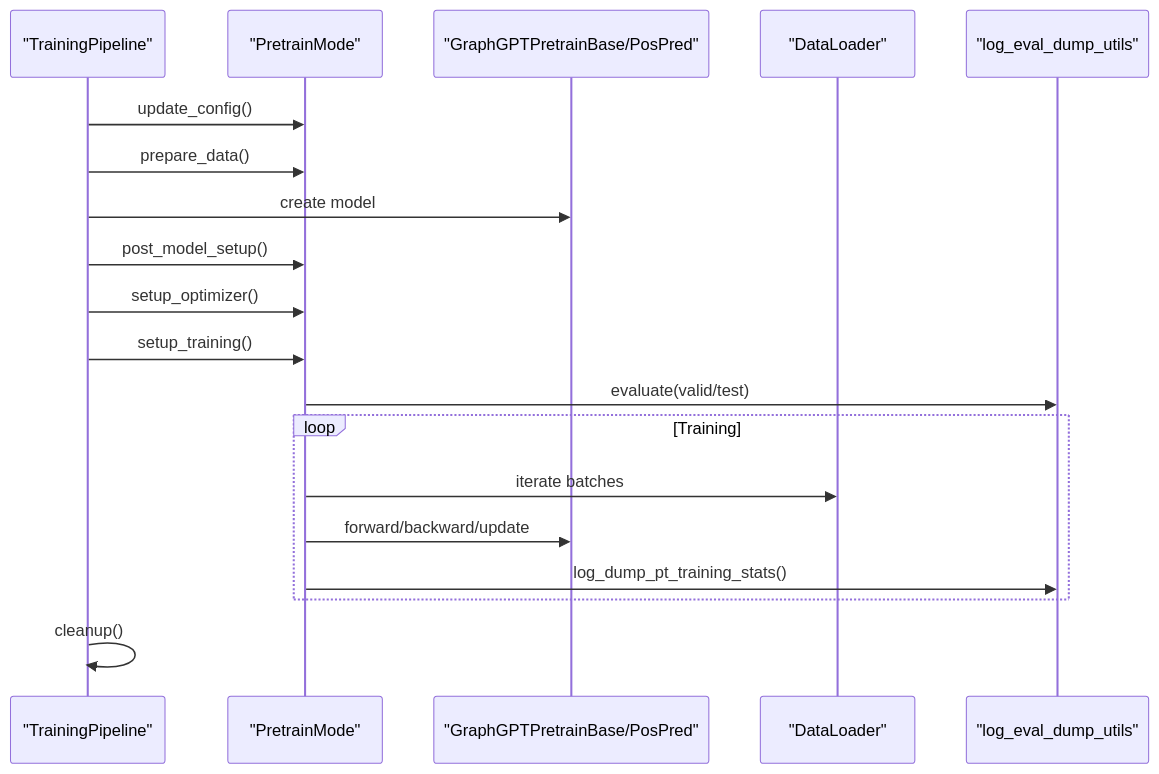
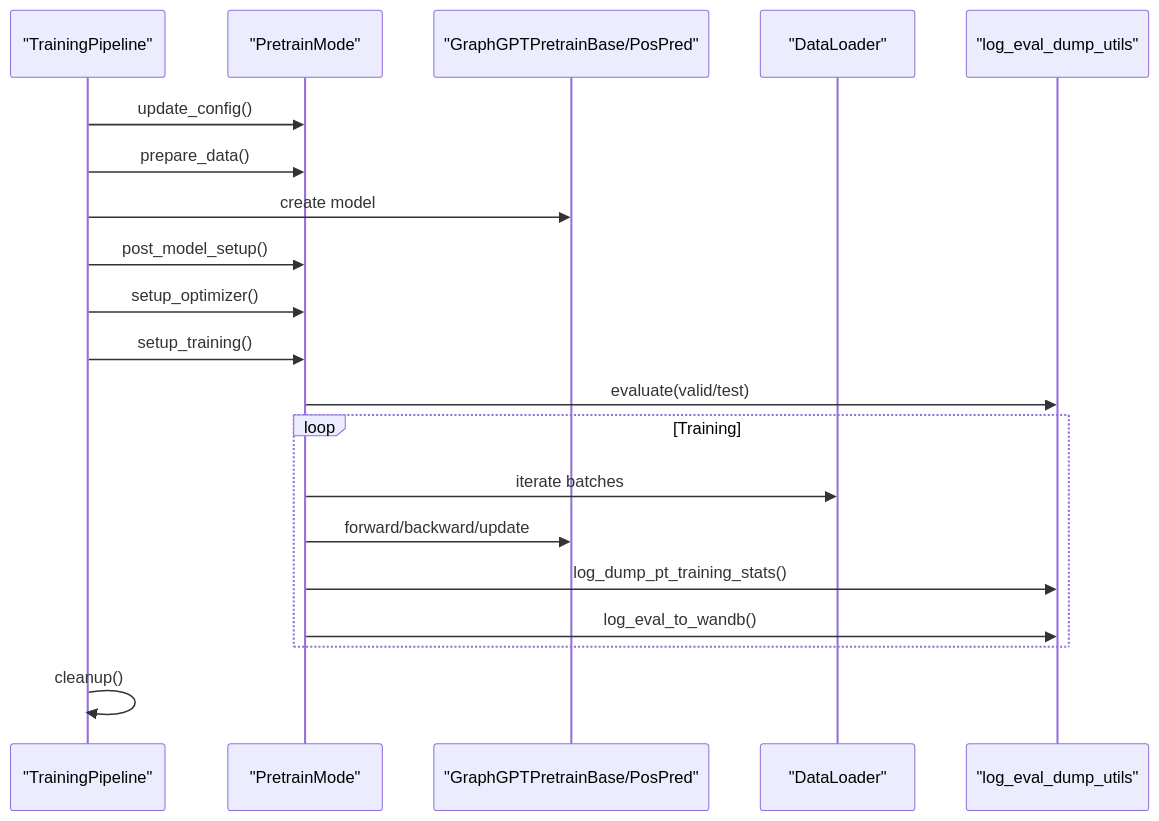
One commit to alibaba/graph-gpt changed the second of 11 diagrams in .qoder/repowiki/en/content/Training Pipeline/Training Modes Strategy/Pre-training Mode.md. Above: the diagram before and after it, drawn with Mermaid. The commit also changed other lines of this file and 7 other files, not shown here.

````diff
--- a/.qoder/repowiki/en/content/Training Pipeline/Training Modes Strategy/Pre-training Mode.md
+++ b/.qoder/repowiki/en/content/Training Pipeline/Training Modes Strategy/Pre-training Mode.md
@@ -146,21 +148,22 @@
 ```mermaid
 sequenceDiagram
 participant TP as "TrainingPipeline"
 participant PM as "PretrainMode"
 participant Model as "GraphGPTPretrainBase/PosPred"
 participant Loader as "DataLoader"
 participant Eval as "log_eval_dump_utils"
 TP->>PM : update_config()
 TP->>PM : prepare_data()
 TP->>Model : create model
 TP->>PM : post_model_setup()
 TP->>PM : setup_optimizer()
 TP->>PM : setup_training()
 PM->>Eval : evaluate(valid/test)
 loop Training
 PM->>Loader : iterate batches
 PM->>Model : forward/backward/update
 PM->>Eval : log_dump_pt_training_stats()
+PM->>Eval : log_eval_to_wandb()
 end
 TP->>TP : cleanup()
 ```
````
